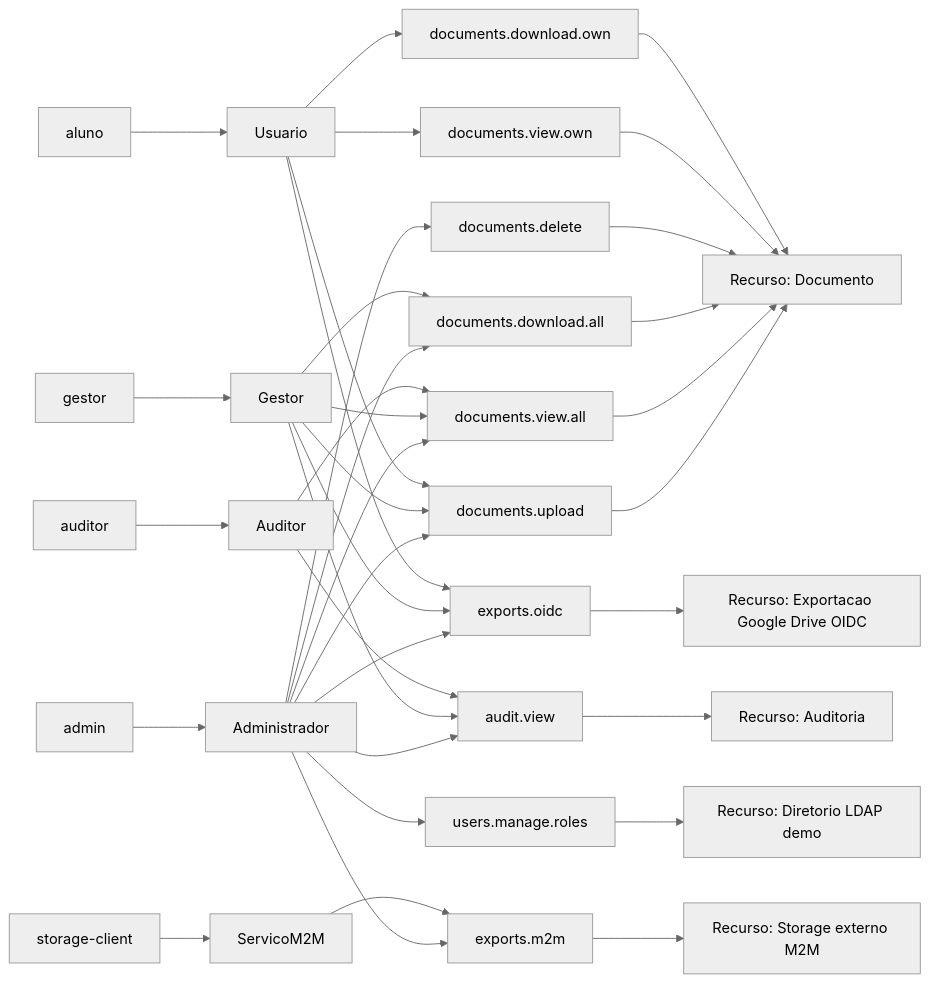
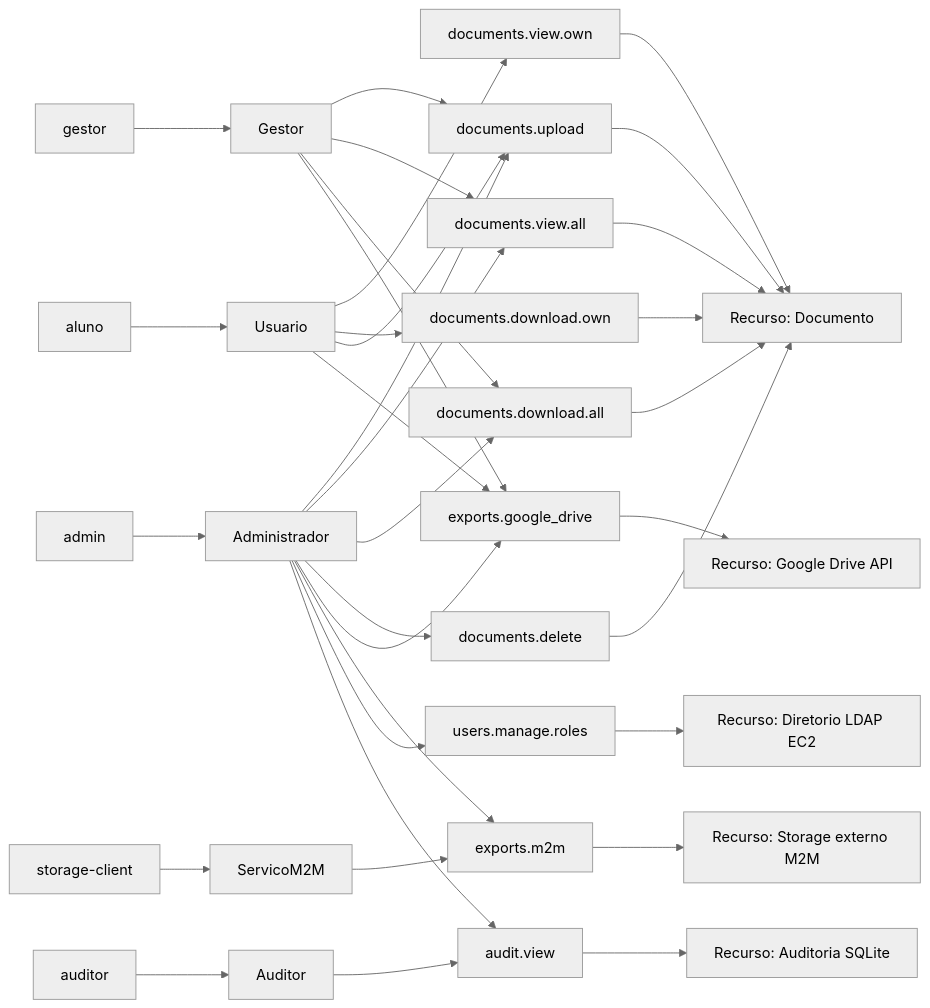
One commit to rogercaua/ProjetoIamCesar changed the diagram in docs/diagrama-rbac.md. Above: the diagram before and after it, drawn with Mermaid (neutral theme). The commit also changed other lines of this file and 169 other files, not shown here.

````diff
--- a/docs/diagrama-rbac.md
+++ b/docs/diagrama-rbac.md
@@ -3,44 +3,42 @@
 ```mermaid
 flowchart LR
     U1["admin"] --> R1["Administrador"]
     U2["gestor"] --> R2["Gestor"]
     U3["aluno"] --> R3["Usuario"]
     U4["auditor"] --> R4["Auditor"]
     C1["storage-client"] --> R5["ServicoM2M"]
 
     R1 --> P1["documents.upload"]
     R1 --> P2["documents.view.all"]
     R1 --> P3["documents.download.all"]
     R1 --> P4["documents.delete"]
-    R1 --> P5["exports.oidc"]
+    R1 --> P5["exports.google_drive"]
     R1 --> P6["exports.m2m"]
     R1 --> P7["users.manage.roles"]
     R1 --> P8["audit.view"]
 
     R2 --> P1
     R2 --> P2
     R2 --> P3
     R2 --> P5
-    R2 --> P8
 
     R3 --> P9["documents.view.own"]
     R3 --> P10["documents.download.own"]
     R3 --> P1
     R3 --> P5
 
-    R4 --> P2
     R4 --> P8
 
     R5 --> P6
 
     P1 --> D1["Recurso: Documento"]
     P2 --> D1
     P3 --> D1
     P4 --> D1
     P9 --> D1
     P10 --> D1
-    P5 --> E1["Recurso: Exportacao Google Drive OIDC"]
+    P5 --> E1["Recurso: Google Drive API"]
     P6 --> E2["Recurso: Storage externo M2M"]
-    P7 --> G1["Recurso: Diretorio LDAP demo"]
-    P8 --> A1["Recurso: Auditoria"]
+    P7 --> G1["Recurso: Diretorio LDAP EC2"]
+    P8 --> A1["Recurso: Auditoria SQLite"]
 ```
````
